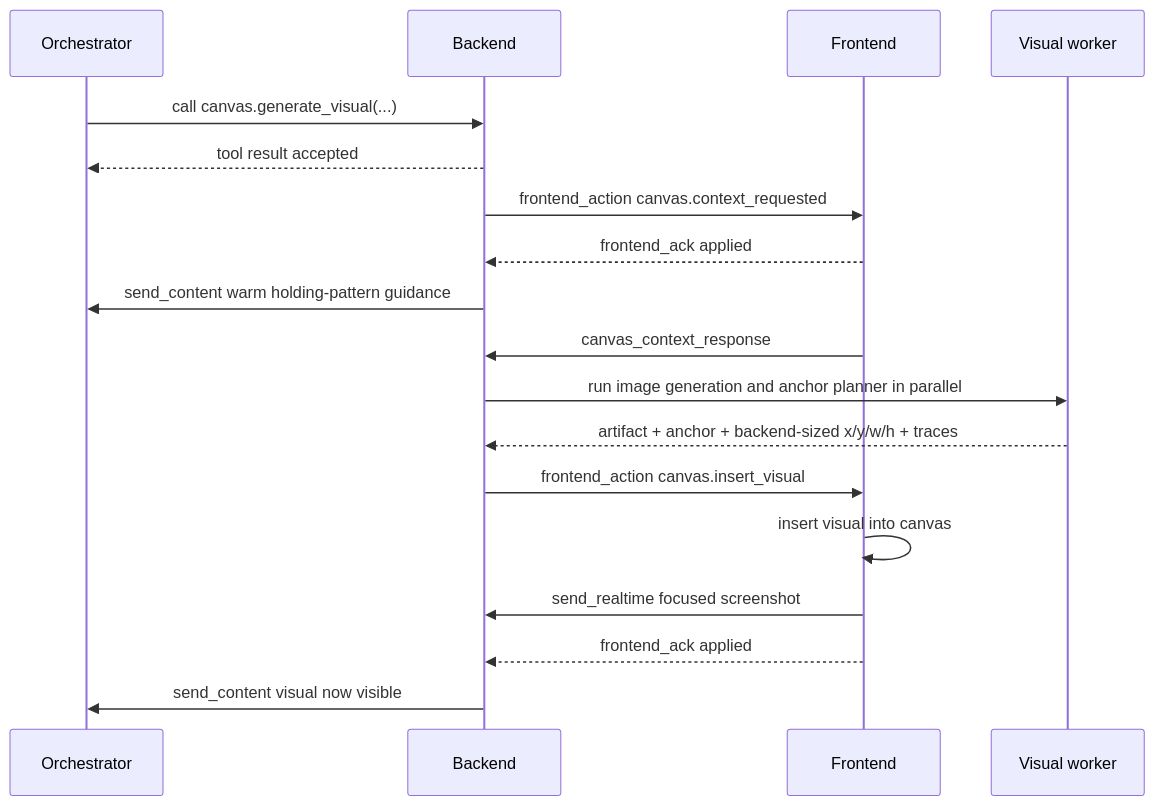
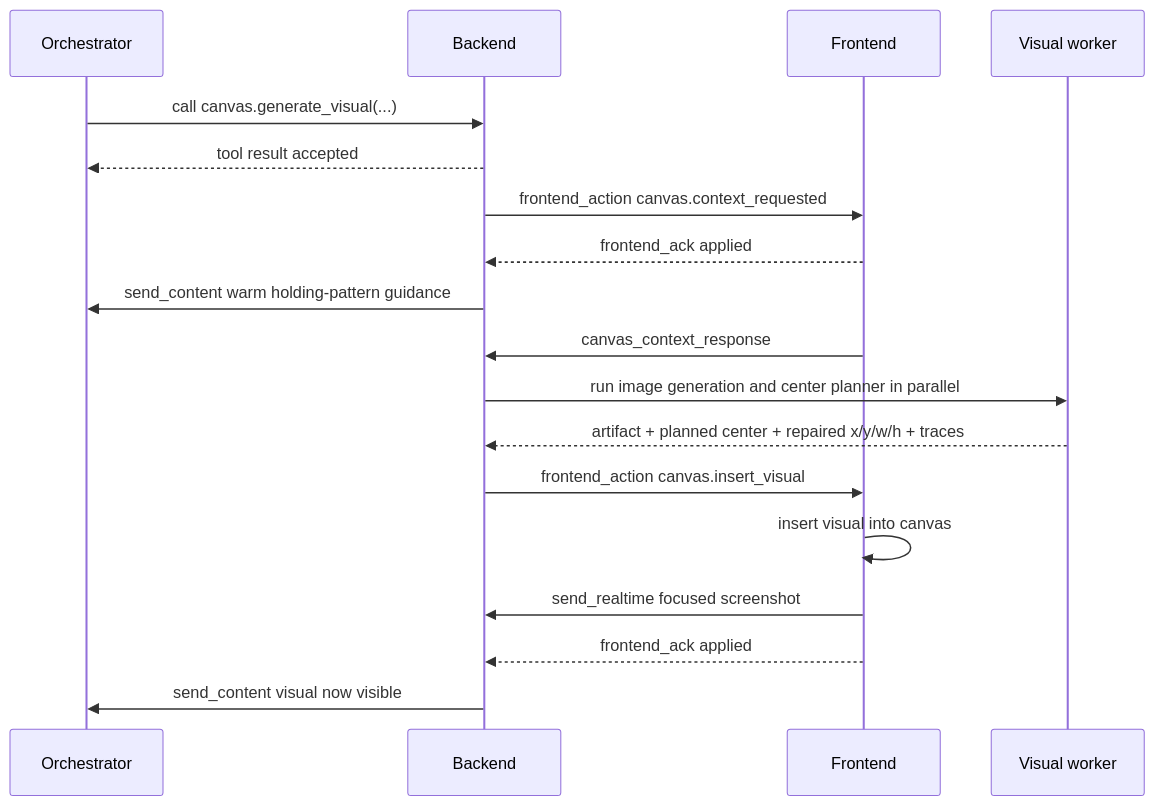
Before and after one commit to trishulam/ThinkSpace: the third of 9 diagrams in docs/thinkspace-end-to-end-technical-architecture.md, drawn with Mermaid. The commit also changed other lines of this file and 11 other files, not shown here.

````diff
--- a/docs/thinkspace-end-to-end-technical-architecture.md
+++ b/docs/thinkspace-end-to-end-technical-architecture.md
@@ -957,21 +959,21 @@
 ```mermaid
 sequenceDiagram
     participant O as Orchestrator
     participant B as Backend
     participant F as Frontend
     participant V as Visual worker
 
     O->>B: call canvas.generate_visual(...)
     B-->>O: tool result accepted
     B->>F: frontend_action canvas.context_requested
     F-->>B: frontend_ack applied
     B->>O: send_content warm holding-pattern guidance
     F->>B: canvas_context_response
-    B->>V: run image generation and anchor planner in parallel
-    V-->>B: artifact + anchor + backend-sized x/y/w/h + traces
+    B->>V: run image generation and center planner in parallel
+    V-->>B: artifact + planned center + repaired x/y/w/h + traces
     B->>F: frontend_action canvas.insert_visual
     F->>F: insert visual into canvas
     F->>B: send_realtime focused screenshot
     F-->>B: frontend_ack applied
     B->>O: send_content visual now visible
 ```
````
